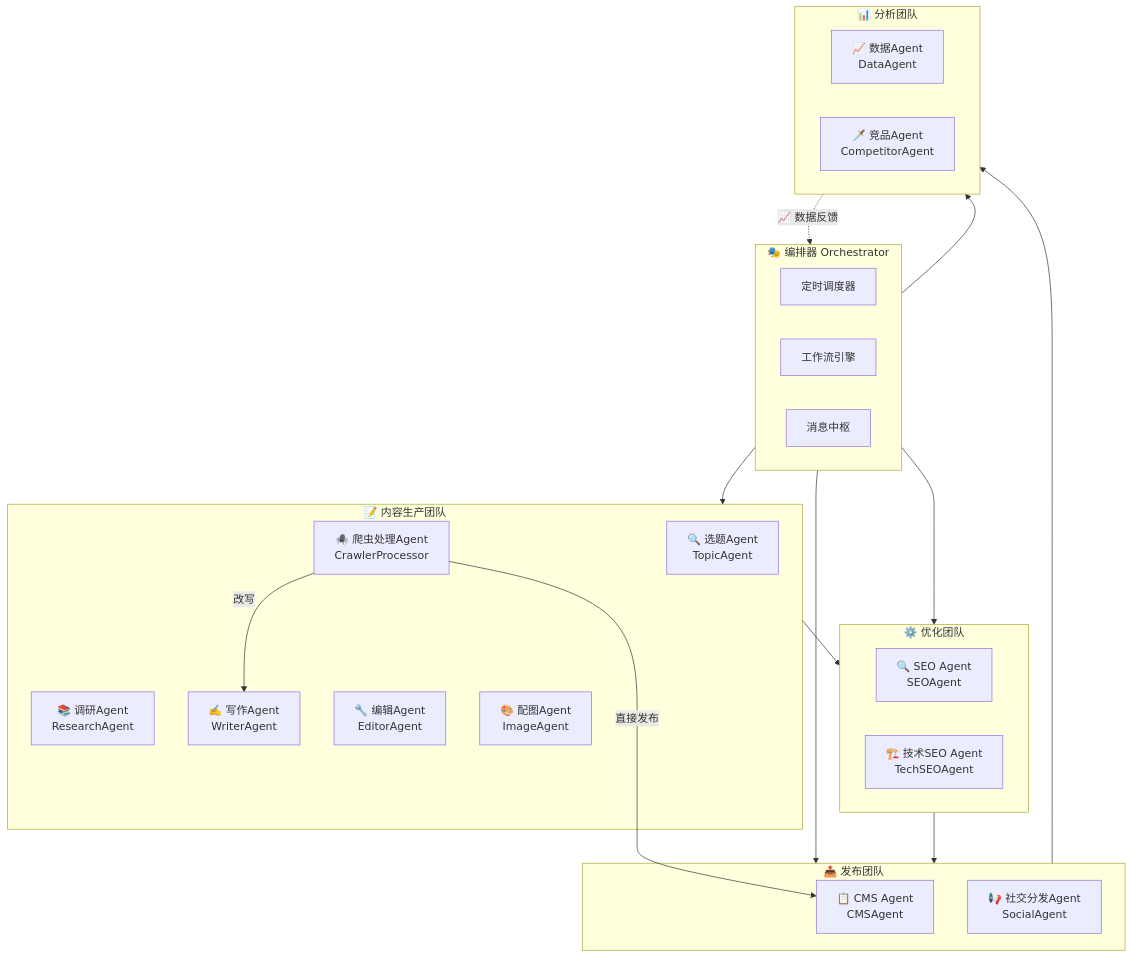
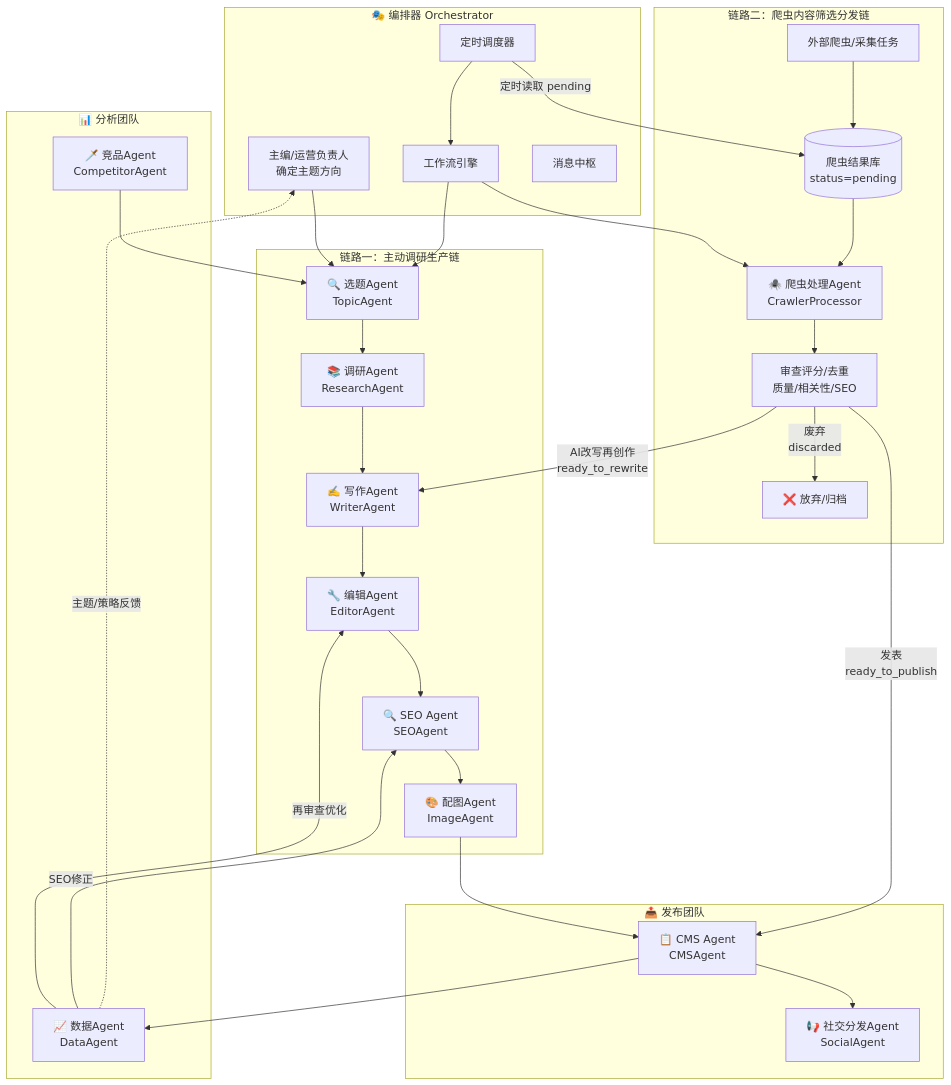
One commit to flyingsnowzz/Multi-Agent-Automatic-Operation-Website changed the diagram in 01-Agent架构图.md. Above: the diagram before and after it, drawn with Mermaid. The commit also changed other lines of this file and 15 other files, not shown here.

````diff
--- a/01-Agent架构图.md
+++ b/01-Agent架构图.md
@@ -5,43 +5,56 @@
 ```mermaid
 flowchart TD
     subgraph ORCHESTRATOR["🎭 编排器 Orchestrator"]
+        CHIEF["主编/运营负责人<br/>确定主题方向"]
         SCHEDULER["定时调度器"]
         WORKFLOW["工作流引擎"]
         HUB["消息中枢"]
     end
 
-    subgraph CONTENT["📝 内容生产团队"]
+    subgraph ACTIVE["链路一：主动调研生产链"]
         TOPIC["🔍 选题Agent<br/>TopicAgent"]
         RESEARCH["📚 调研Agent<br/>ResearchAgent"]
         WRITER["✍️ 写作Agent<br/>WriterAgent"]
         EDITOR["🔧 编辑Agent<br/>EditorAgent"]
+        SEO["🔍 SEO Agent<br/>SEOAgent"]
         IMAGE["🎨 配图Agent<br/>ImageAgent"]
-        CRAWLER["🕷️ 爬虫处理Agent<br/>CrawlerProcessor"]
     end
 
-    subgraph OPTIMIZE["⚙️ 优化团队"]
-        SEO["🔍 SEO Agent<br/>SEOAgent"]
-        TECH["🏗️ 技术SEO Agent<br/>TechSEOAgent"]
+    subgraph CRAWLER_FLOW["链路二：爬虫内容筛选分发链"]
+        SPIDER["外部爬虫/采集任务"]
+        CRAWLER_DB[("爬虫结果库<br/>status=pending")]
+        CRAWLER["🕷️ 爬虫处理Agent<br/>CrawlerProcessor"]
+        REVIEW["审查评分/去重<br/>质量/相关性/SEO"]
+        DISCARD["❌ 放弃/归档"]
     end
 
     subgraph PUBLISH["📤 发布团队"]
         CMS["📋 CMS Agent<br/>CMSAgent"]
         SOCIAL["📢 社交分发Agent<br/>SocialAgent"]
     end
 
     subgraph ANALYTICS["📊 分析团队"]
         DATA["📈 数据Agent<br/>DataAgent"]
         COMPETE["🗡️ 竞品Agent<br/>CompetitorAgent"]
     end
 
-    ORCHESTRATOR --> CONTENT
-    ORCHESTRATOR --> OPTIMIZE
-    ORCHESTRATOR --> PUBLISH
-    ORCHESTRATOR --> ANALYTICS
-    CONTENT --> OPTIMIZE
-    OPTIMIZE --> PUBLISH
-    PUBLISH --> ANALYTICS
-    ANALYTICS -. "📈 数据反馈" .-> ORCHESTRATOR
-    CRAWLER -->|"直接发布"| CMS
-    CRAWLER -->|"改写"| WRITER
+    CHIEF --> TOPIC
+    SCHEDULER --> WORKFLOW
+    WORKFLOW --> TOPIC
+    WORKFLOW --> CRAWLER
+    TOPIC --> RESEARCH --> WRITER --> EDITOR --> SEO --> IMAGE --> CMS
+
+    SPIDER --> CRAWLER_DB
+    SCHEDULER -->|"定时读取 pending"| CRAWLER_DB
+    CRAWLER_DB --> CRAWLER --> REVIEW
+    REVIEW -->|"发表<br/>ready_to_publish"| CMS
+    REVIEW -->|"AI改写再创作<br/>ready_to_rewrite"| WRITER
+    REVIEW -->|"废弃<br/>discarded"| DISCARD
+
+    CMS --> SOCIAL
+    CMS --> DATA
+    COMPETE --> TOPIC
+    DATA -->|"再审查优化"| EDITOR
+    DATA -->|"SEO修正"| SEO
+    DATA -. "主题/策略反馈" .-> CHIEF
 ```
````
